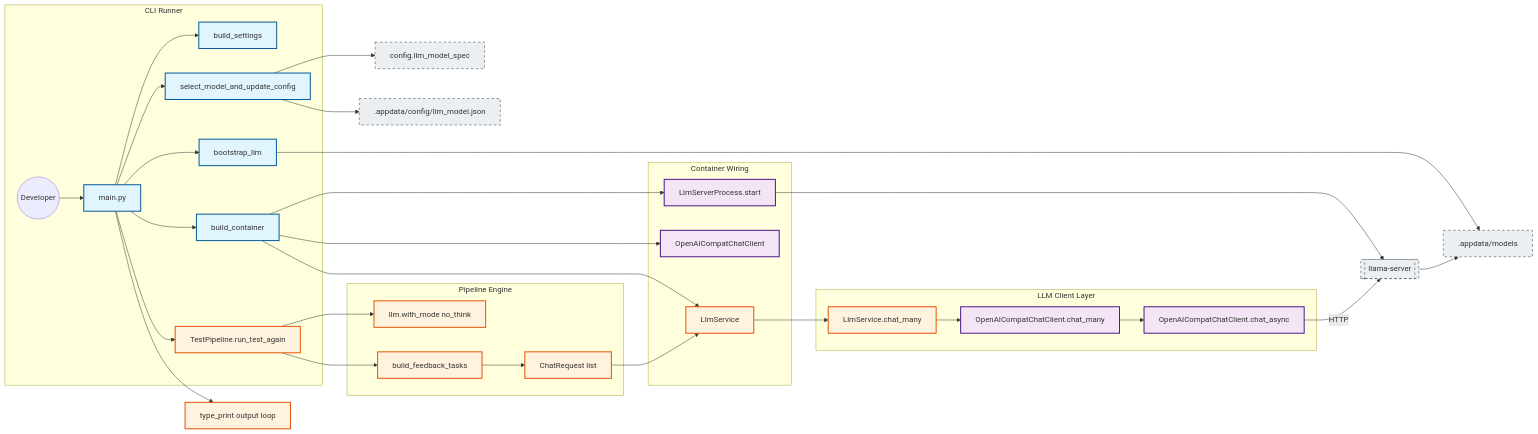
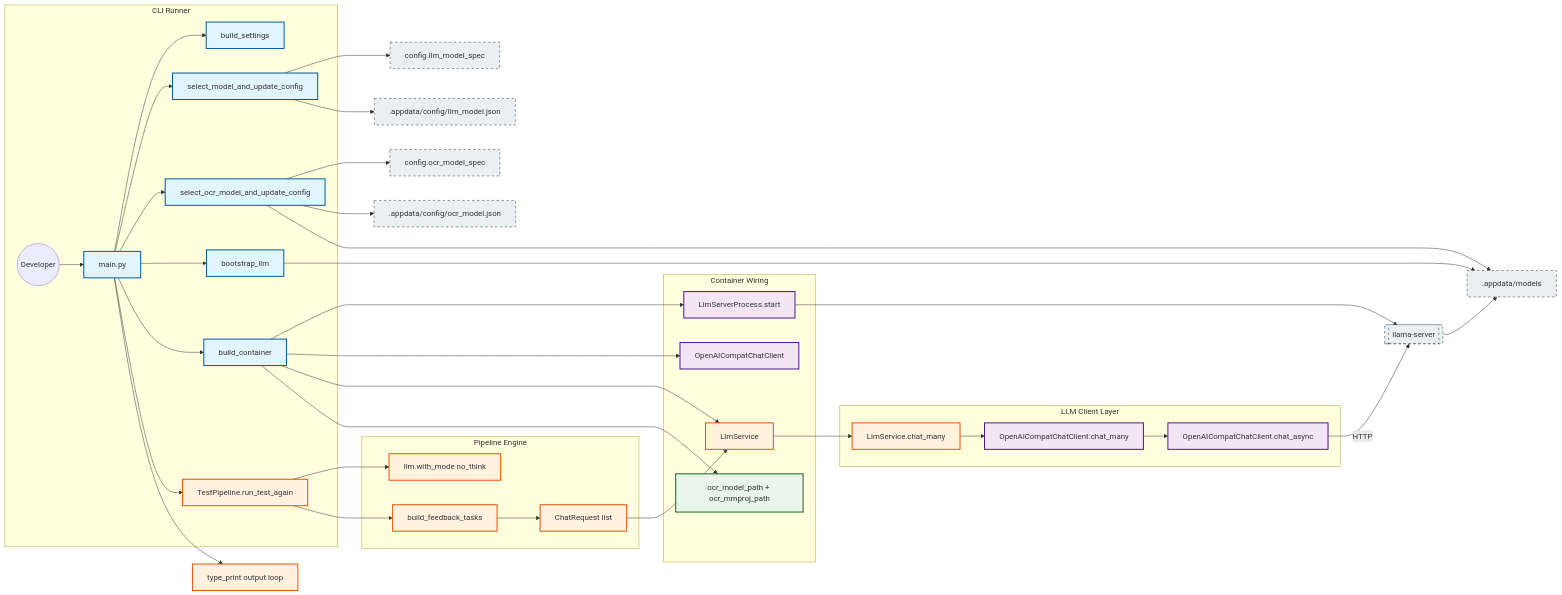
One commit to TekneGram/EssayLensPython changed the diagram in AGENTS.md. Above: the diagram before and after it, drawn with Mermaid. The commit also changed other lines of this file, not shown here.

````diff
--- a/AGENTS.md
+++ b/AGENTS.md
@@ -25,49 +29,56 @@
 ```mermaid
 graph LR
     classDef runner fill:#e1f5fe,stroke:#01579b,stroke-width:2px;
     classDef pipe fill:#fff3e0,stroke:#e65100,stroke-width:2px;
     classDef llm fill:#f3e5f5,stroke:#4a148c,stroke-width:2px;
+    classDef ocr fill:#e8f5e9,stroke:#1b5e20,stroke-width:2px;
     classDef ext fill:#eceff1,stroke:#263238,stroke-dasharray: 5 5;
 
     subgraph CLI_Runner [CLI Runner]
         user((Developer)) --> run[main.py]
         run --> settings[build_settings]
-        run --> chooser[select_model_and_update_config]
-        run --> bootstrap[bootstrap_llm]
+        run --> llm_chooser[select_model_and_update_config]
+        run --> ocr_chooser[select_ocr_model_and_update_config]
+        run --> llm_bootstrap[bootstrap_llm]
         run --> container[build_container]
         run --> pipeline[TestPipeline.run_test_again]
     end
 
-    chooser --> model_specs[config.llm_model_spec]
-    chooser --> persisted_key[.appdata/config/llm_model.json]
-    bootstrap --> model_store[.appdata/models]
+    llm_chooser --> llm_model_specs[config.llm_model_spec]
+    llm_chooser --> llm_persisted_key[.appdata/config/llm_model.json]
+    ocr_chooser --> ocr_model_specs[config.ocr_model_spec]
+    ocr_chooser --> ocr_persisted_key[.appdata/config/ocr_model.json]
+    ocr_chooser --> model_store[.appdata/models]
+    llm_bootstrap --> model_store
 
     subgraph Container_Wiring [Container Wiring]
         container --> server[LlmServerProcess.start]
         container --> llm_client[OpenAICompatChatClient]
         container --> llm_service[LlmService]
+        container --> ocr_paths[ocr_model_path + ocr_mmproj_path]
     end
 
     subgraph Pipeline_Engine [Pipeline Engine]
         pipeline --> mode[llm.with_mode no_think]
         pipeline --> task_builder[build_feedback_tasks]
         task_builder --> req_build[ChatRequest list]
         req_build --> llm_service
     end
 
     subgraph LLM_Client_Layer [LLM Client Layer]
         llm_service --> chat_many[LlmService.chat_many]
         chat_many --> client_many[OpenAICompatChatClient.chat_many]
         client_many --> client_async[OpenAICompatChatClient.chat_async]
     end
 
     client_async -- "HTTP" --> llama_bin[[llama-server]]
     server --> llama_bin
     llama_bin --> model_store
     run --> output[type_print output loop]
 
-    class run,settings,chooser,bootstrap,container runner;
+    class run,settings,llm_chooser,ocr_chooser,llm_bootstrap,container runner;
     class pipeline,mode,task_builder,req_build,llm_service,chat_many,output pipe;
     class llm_client,client_many,client_async,server llm;
-    class llama_bin,model_specs,persisted_key,model_store ext;
+    class ocr_paths ocr;
+    class llama_bin,llm_model_specs,llm_persisted_key,ocr_model_specs,ocr_persisted_key,model_store ext;
 ```
````
